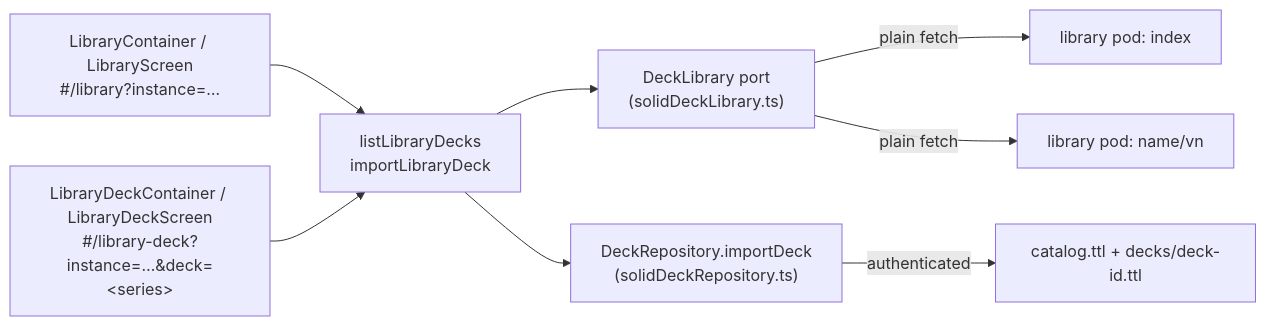
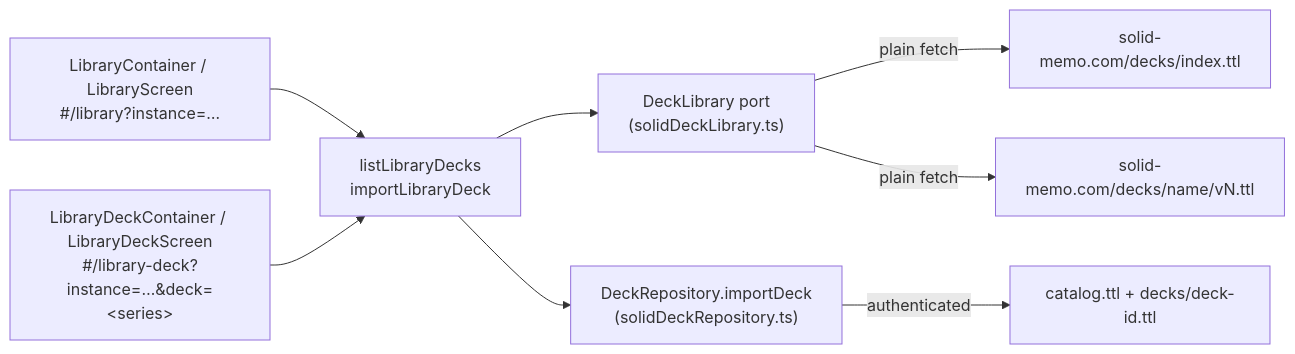
Before and after one commit to solid-memo/website: the second of 2 diagrams in docs/deck-library.md, drawn with Mermaid. The commit also changed other lines of this file and 19 other files, not shown here.

````diff
--- a/docs/deck-library.md
+++ b/docs/deck-library.md
@@ -38,10 +178,10 @@
 ```mermaid
 flowchart LR
     ui["LibraryContainer / LibraryScreen<br/>#/library?instance=…"] --> uc["listLibraryDecks<br/>importLibraryDeck"]
     page["LibraryDeckContainer / LibraryDeckScreen<br/>#/library-deck?instance=…&deck=&lt;series&gt;"] --> uc
     uc --> lib["DeckLibrary port<br/>(solidDeckLibrary.ts)"]
     uc --> repo["DeckRepository.importDeck<br/>(solidDeckRepository.ts)"]
-    lib -->|plain fetch| idx["library pod: index"]
-    lib -->|plain fetch| doc["library pod: name/vn"]
+    lib -->|plain fetch| idx["solid-memo.com/decks/index.ttl"]
+    lib -->|plain fetch| doc["solid-memo.com/decks/name/vN.ttl"]
     repo -->|authenticated| pod["catalog.ttl + decks/deck-id.ttl"]
 ```
````
